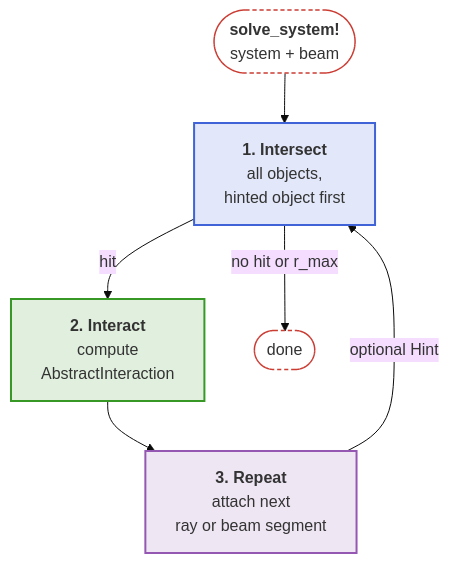
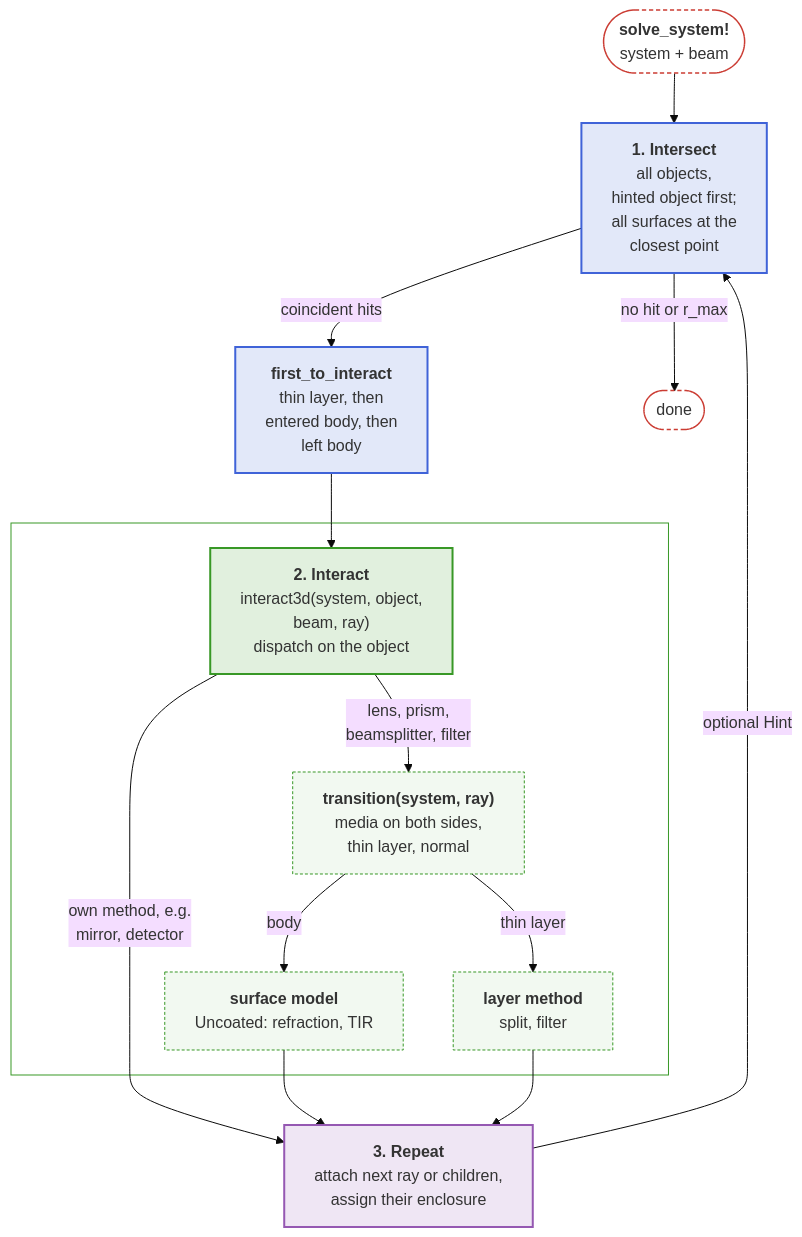
Before and after one commit to JuliaPhysics/BeamletOptics.jl: the diagram in docs/src/api/core.md, drawn with Mermaid (base theme). The commit also changed other lines of this file and 2 other files, not shown here.

Commit message:
Docs: transitions in the flowchart of the solver; own interact3d methods take precedence (#178)
The flowchart of the Intersect-Interact-Repeat loop shows the coincident
hits, the dispatch of interact3d on the object, and where the transition,
the surface model and thin layers enter. The default interact3d of
AbstractRefractiveOptic is typed loosely in the beam and the ray, such that
an own method of a subtype is not ambiguous with it; new test.

````diff
--- a/docs/src/api/core.md
+++ b/docs/src/api/core.md
@@ -15,17 +15,29 @@
 ```mermaid
 flowchart TB
     S(["<b>solve_system!</b><br/>system + beam"]) --> I
-    I["<b>1. Intersect</b><br/>all objects,<br/>hinted object first"] -- hit --> X["<b>2. Interact</b><br/>compute<br/>AbstractInteraction"]
-    X --> R["<b>3. Repeat</b><br/>attach next<br/>ray or beam segment"]
-    R -- "optional Hint" --> I
+    I["<b>1. Intersect</b><br/>all objects,<br/>hinted object first;<br/>all surfaces at the<br/>closest point"] -- "coincident hits" --> F["<b>first_to_interact</b><br/>thin layer, then<br/>entered body, then<br/>left body"]
+    F --> X
+    subgraph INT [" "]
+        X["<b>2. Interact</b><br/>interact3d(system, object,<br/>beam, ray)<br/>dispatch on the object"]
+        X -- "lens, prism,<br/>beamsplitter, filter" --> T["<b>transition(system, ray)</b><br/>media on both sides,<br/>thin layer, normal"]
+        T -- "body" --> M["<b>surface model</b><br/>Uncoated: refraction, TIR"]
+        T -- "thin layer" --> L["<b>layer method</b><br/>split, filter"]
+    end
+    X -- "own method, e.g.<br/>mirror, detector" --> R
+    M --> R
+    L --> R
+    R["<b>3. Repeat</b><br/>attach next ray or children,<br/>assign their enclosure"] -- "optional Hint" --> I
     I -- "no hit or r_max" --> E([done])
 
     classDef blue fill:#4063D826,stroke:#4063D8,stroke-width:2px
     classDef green fill:#38982626,stroke:#389826,stroke-width:2px
+    classDef lightgreen fill:#38982610,stroke:#389826,stroke-width:1px,stroke-dasharray:3 2
     classDef purple fill:#9558B226,stroke:#9558B2,stroke-width:2px
     classDef terminal fill:transparent,stroke:#CB3C33,stroke-width:1.5px,stroke-dasharray:4 3
-    class I blue
+    class I,F blue
     class X green
+    class T,M,L lightgreen
     class R purple
     class S,E terminal
+    style INT fill:transparent,stroke:#389826,stroke-width:1px
 ```
````
